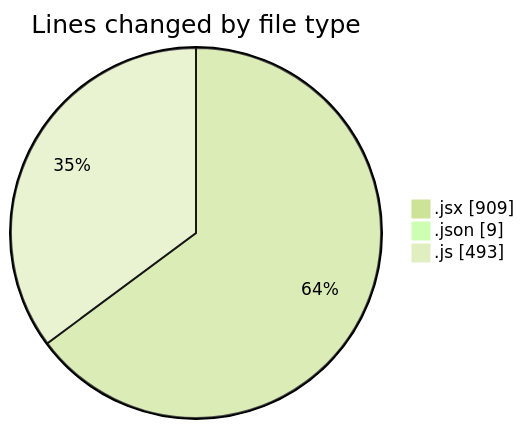
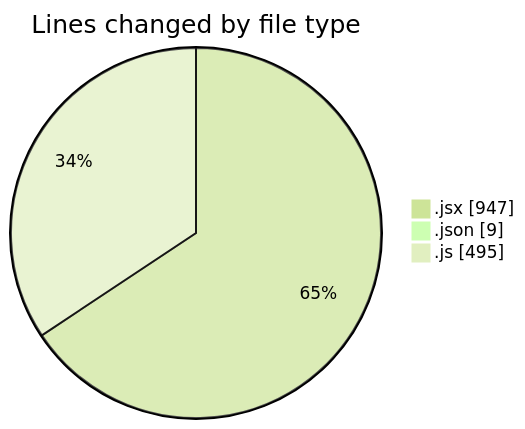
One commit to nxtqubesakshisongat/code-tracking changed the first of 2 diagrams in 2025-07-31/nxtqube_webapp/README.md. Above: the diagram before and after it, drawn with Mermaid (forest theme). The commit also changed other lines of this file and 1 other file, not shown here.

````diff
--- a/2025-07-31/nxtqube_webapp/README.md
+++ b/2025-07-31/nxtqube_webapp/README.md
@@ -26,7 +27,7 @@
 ```mermaid
 pie showData
 title Lines changed by file type
-".jsx" : 909
+".jsx" : 947
 ".json" : 9
-".js" : 493
+".js" : 495
 ```
````
